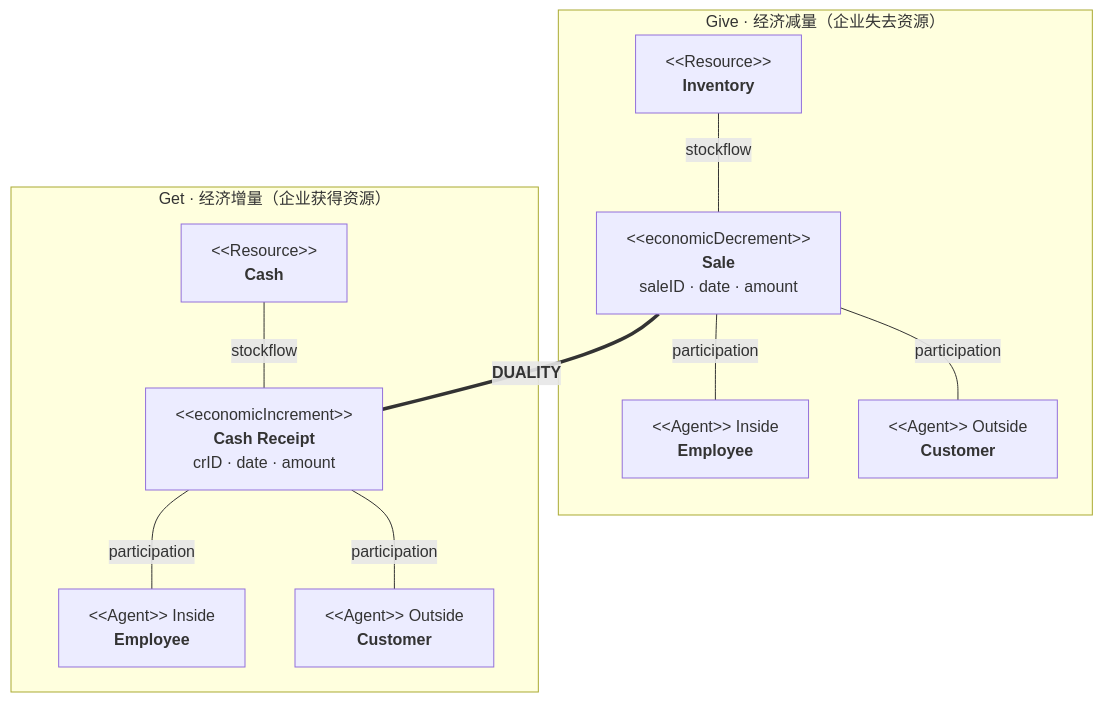
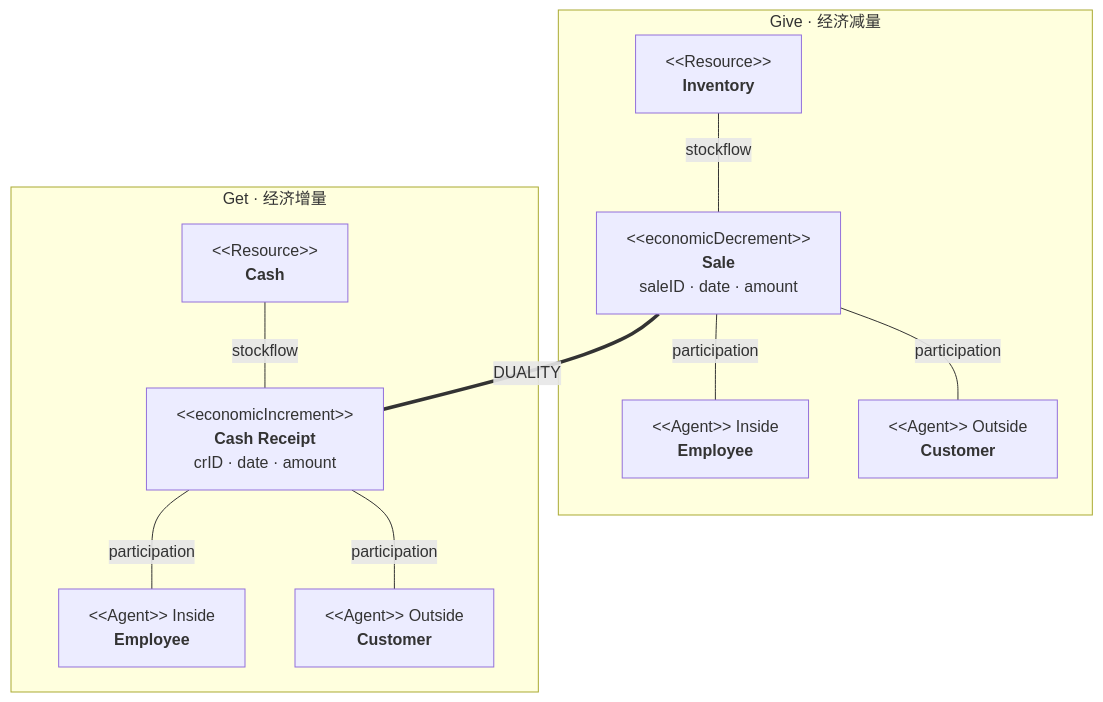
One commit to CercaTrovato/cityu-ai-course-notes changed the seventh of 9 diagrams in AC6761_Artificial_Intelligence_Accounting/notes/M04-REA会计模型.md. Above: the diagram before and after it, drawn with Mermaid. The commit also changed other lines of this file and 224 other files, not shown here.

First line of the commit message:
完善五门课图文可读性并更新仓库首页

````diff
--- a/AC6761_Artificial_Intelligence_Accounting/notes/M04-REA会计模型.md
+++ b/AC6761_Artificial_Intelligence_Accounting/notes/M04-REA会计模型.md
@@ -3408,22 +3681,22 @@
 ```mermaid
 flowchart TB
-    subgraph GIVE["Give · 经济减量（企业失去资源）"]
+    subgraph GIVE["Give · 经济减量"]
         INV["&lt;&lt;Resource&gt;&gt;<br/><b>Inventory</b>"]
         SALE["&lt;&lt;economicDecrement&gt;&gt;<br/><b>Sale</b><br/>saleID · date · amount"]
         EMP1["&lt;&lt;Agent&gt;&gt; Inside<br/><b>Employee</b>"]
         CUS1["&lt;&lt;Agent&gt;&gt; Outside<br/><b>Customer</b>"]
         INV ---|stockflow| SALE
         SALE ---|participation| EMP1
         SALE ---|participation| CUS1
     end
-    subgraph GET["Get · 经济增量（企业获得资源）"]
+    subgraph GET["Get · 经济增量"]
         CASH["&lt;&lt;Resource&gt;&gt;<br/><b>Cash</b>"]
         CR["&lt;&lt;economicIncrement&gt;&gt;<br/><b>Cash Receipt</b><br/>crID · date · amount"]
         EMP2["&lt;&lt;Agent&gt;&gt; Inside<br/><b>Employee</b>"]
         CUS2["&lt;&lt;Agent&gt;&gt; Outside<br/><b>Customer</b>"]
         CASH ---|stockflow| CR
         CR ---|participation| EMP2
         CR ---|participation| CUS2
     end
-    SALE ===|"<b>DUALITY</b>"| CR
+    SALE ===|"DUALITY"| CR
 ```
````
